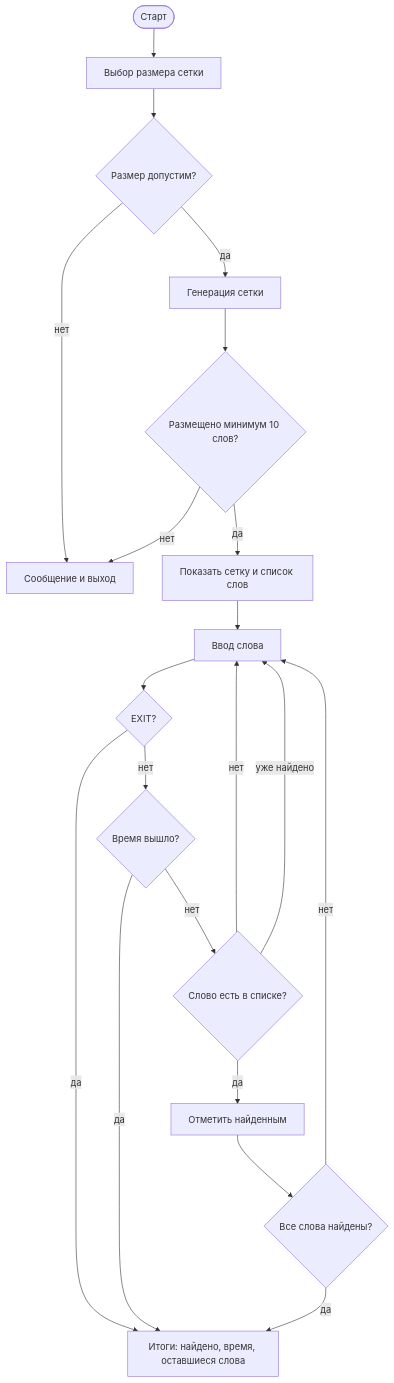
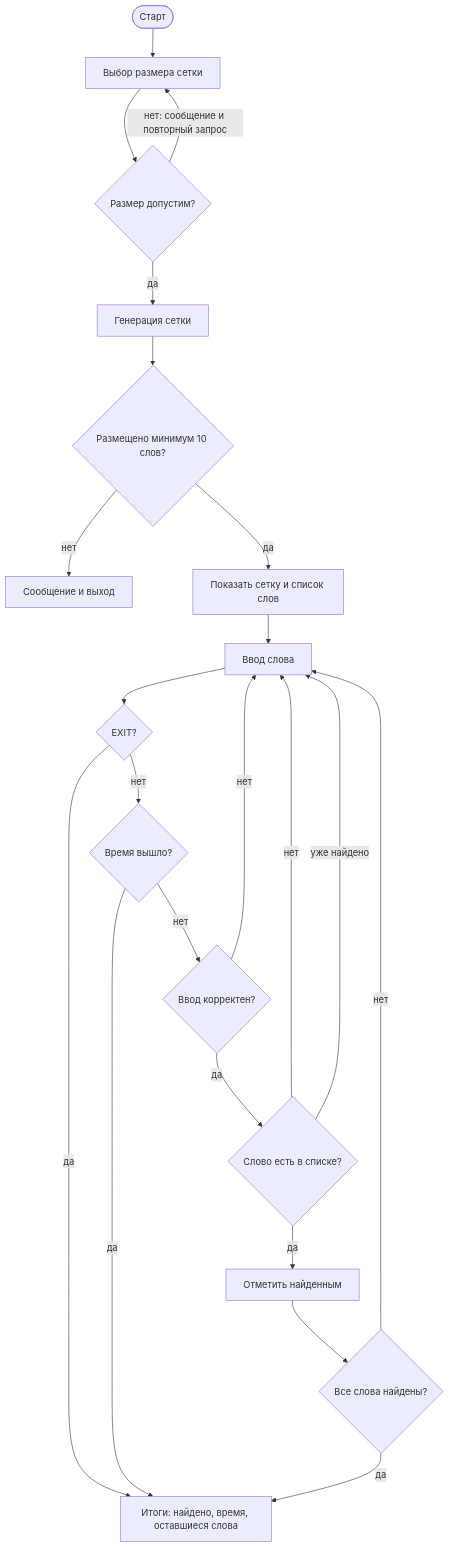
The second of 4 diagrams in zaeso-Words-Roadmap.md (zaeso/zaeso-Words), drawn with Mermaid before and after one commit. The commit also changed other lines of this file and 5 other files, not shown here.

````diff
--- a/zaeso-Words-Roadmap.md
+++ b/zaeso-Words-Roadmap.md
@@ -110,22 +114,24 @@
 ```mermaid
 flowchart TD
     S(["Старт"]) --> SZ["Выбор размера сетки"]
     SZ --> V{"Размер допустим?"}
-    V -->|"нет"| FAIL["Сообщение и выход"]
+    V -->|"нет: сообщение и повторный запрос"| SZ
     V -->|"да"| GEN["Генерация сетки"]
     GEN --> MIN{"Размещено минимум 10 слов?"}
-    MIN -->|"нет"| FAIL
+    MIN -->|"нет"| FAIL["Сообщение и выход"]
     MIN -->|"да"| SHOW["Показать сетку и список слов"]
     SHOW --> INPUT["Ввод слова"]
     INPUT --> EXIT{"EXIT?"}
     EXIT -->|"да"| RESULT
     EXIT -->|"нет"| TIME{"Время вышло?"}
     TIME -->|"да"| RESULT
-    TIME -->|"нет"| CHECK{"Слово есть в списке?"}
+    TIME -->|"нет"| VALID{"Ввод корректен?"}
+    VALID -->|"нет"| INPUT
+    VALID -->|"да"| CHECK{"Слово есть в списке?"}
     CHECK -->|"нет"| INPUT
     CHECK -->|"уже найдено"| INPUT
     CHECK -->|"да"| MARK["Отметить найденным"]
     MARK --> DONE{"Все слова найдены?"}
     DONE -->|"нет"| INPUT
     DONE -->|"да"| RESULT["Итоги: найдено, время, оставшиеся слова"]
 ```
````
